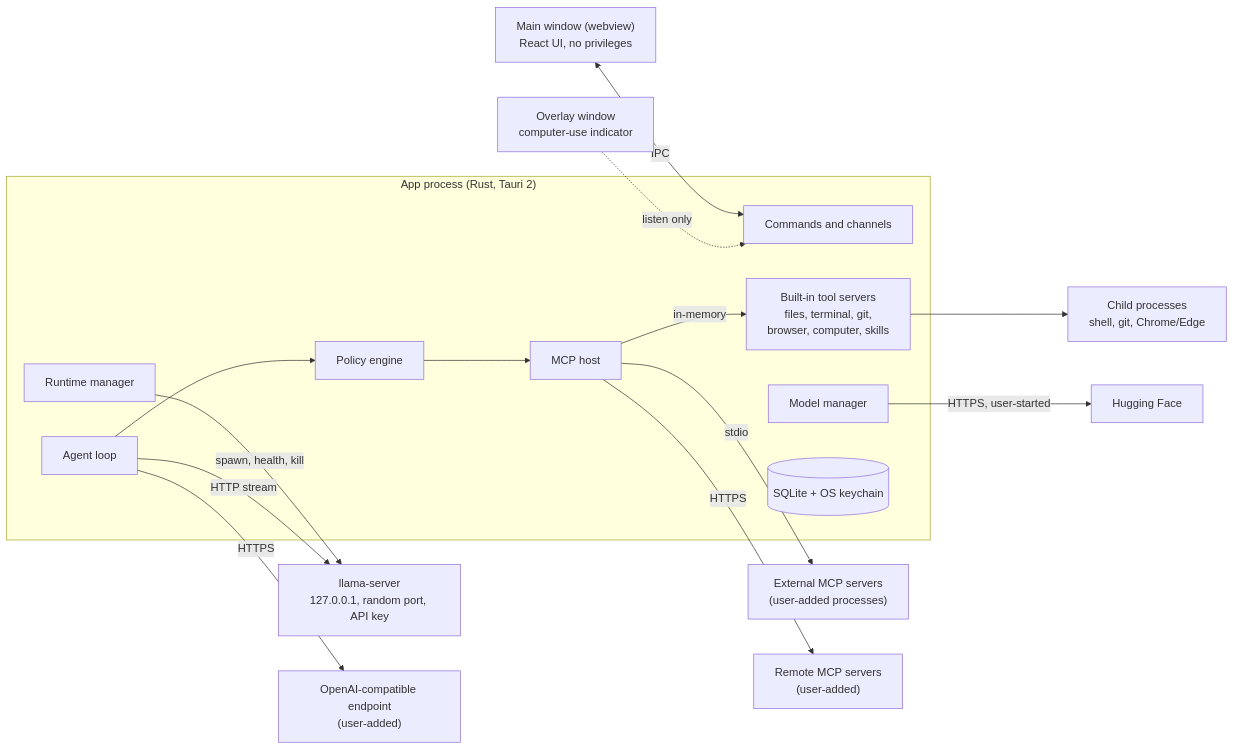
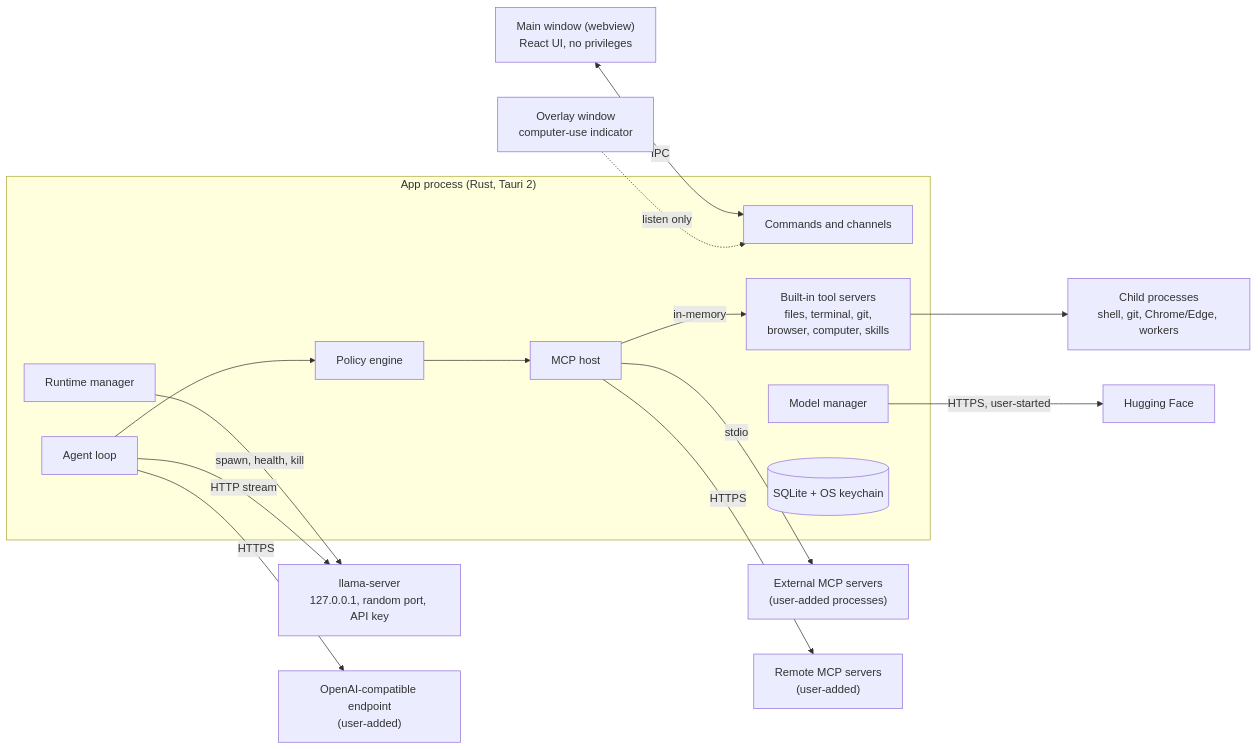
Before and after one commit to sugarhappy8/harnessUI: the first of 2 diagrams in ARCHITECTURE.md, drawn with Mermaid. The commit also changed other lines of this file, not shown here.

First line of the commit message:
Revise ARCHITECTURE.md after five-lens review

````diff
--- a/ARCHITECTURE.md
+++ b/ARCHITECTURE.md
@@ -72,24 +120,24 @@
 ```mermaid
 flowchart LR
   subgraph APP["App process (Rust, Tauri 2)"]
     IPC[Commands and channels]
     AGENT[Agent loop]
     POLICY[Policy engine]
     HOST[MCP host]
     BUILTIN["Built-in tool servers<br/>files, terminal, git,<br/>browser, computer, skills"]
     RUNTIME[Runtime manager]
     MODELS[Model manager]
     STORE[("SQLite + OS keychain")]
   end
   UI["Main window (webview)<br/>React UI, no privileges"] <-->|IPC| IPC
   OVERLAY["Overlay window<br/>computer-use indicator"] -.->|listen only| IPC
   RUNTIME -->|spawn, health, kill| LLAMA["llama-server<br/>127.0.0.1, random port, API key"]
   AGENT -->|HTTP stream| LLAMA
   AGENT -->|HTTPS| REMOTE["OpenAI-compatible endpoint<br/>(user-added)"]
   AGENT --> POLICY --> HOST
   HOST -->|in-memory| BUILTIN
   HOST -->|stdio| EXT["External MCP servers<br/>(user-added processes)"]
   HOST -->|HTTPS| EXTHTTP["Remote MCP servers<br/>(user-added)"]
-  BUILTIN --> CHILD["Child processes<br/>shell, git, Chrome/Edge"]
+  BUILTIN --> CHILD["Child processes<br/>shell, git, Chrome/Edge, workers"]
   MODELS -->|HTTPS, user-started| HF[Hugging Face]
 ```
````
